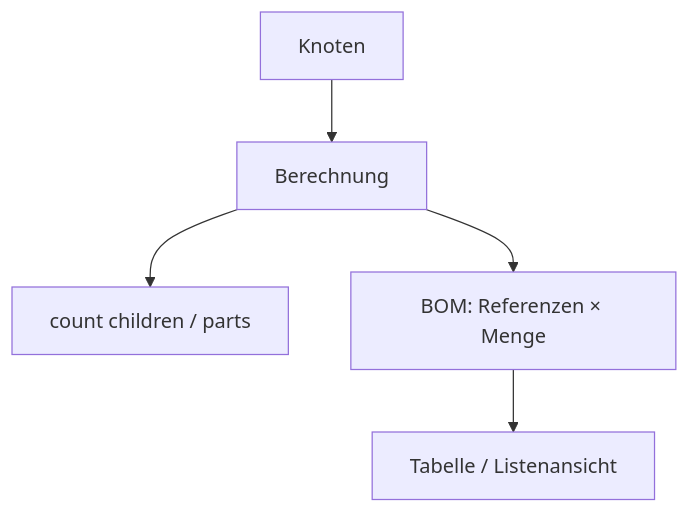
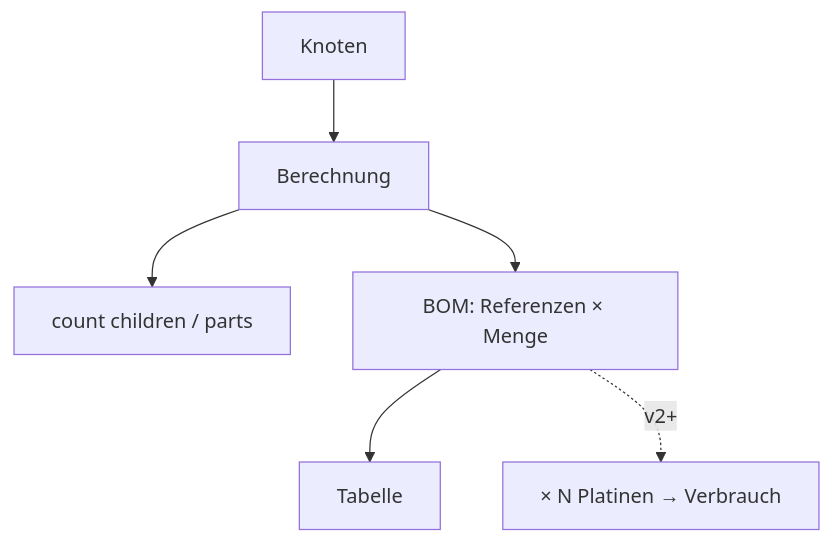
The third of 3 diagrams in docs/plans/domain-vision-prototype.md (sfambach/wp-electronic-parts), drawn with Mermaid before and after one commit. The commit also changed other lines of this file and 3 other files, not shown here.

````diff
--- a/docs/plans/domain-vision-prototype.md
+++ b/docs/plans/domain-vision-prototype.md
@@ -64,7 +105,8 @@
 ```mermaid
 flowchart TD
   Node["Knoten"] --> Calc["Berechnung"]
   Calc --> Count["count children / parts"]
   Calc --> Bom["BOM: Referenzen × Menge"]
-  Bom --> Table["Tabelle / Listenansicht"]
+  Bom --> Table["Tabelle"]
+  Bom -.->|"v2+"| Consume["× N Platinen → Verbrauch"]
 ```
````
